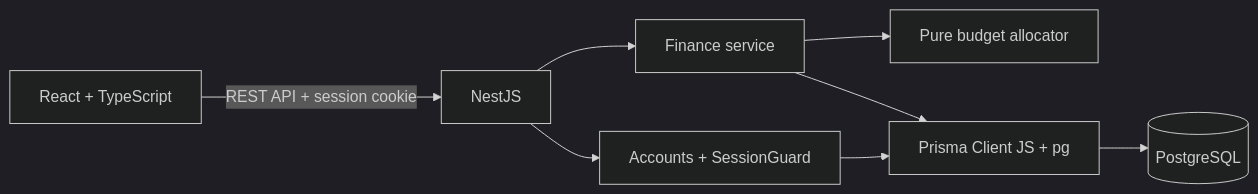
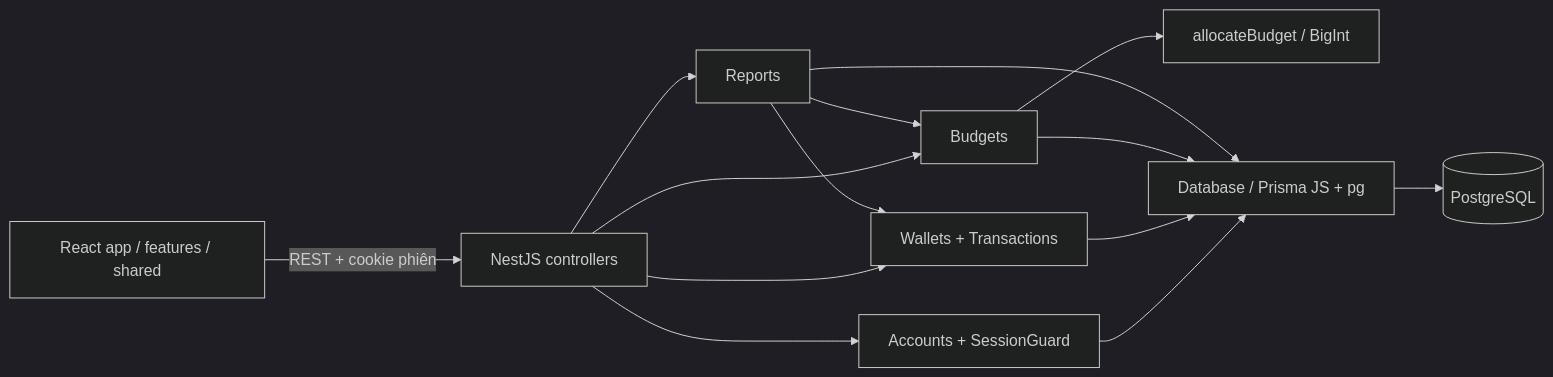
One commit to tunato2807-del/qlduanphammen changed the first of 2 diagrams in docs/DESIGN.md. Above: the diagram before and after it, drawn with Mermaid (dark theme). The commit also changed other lines of this file and 17 other files, not shown here.

````diff
--- a/docs/DESIGN.md
+++ b/docs/DESIGN.md
@@ -20,10 +20,16 @@
 ```mermaid
 flowchart LR
-    A[React + TypeScript] -->|REST API + session cookie| B[NestJS]
+    A[React app / features / shared] -->|REST + cookie phiên| B[NestJS controllers]
     B --> C[Accounts + SessionGuard]
-    B --> D[Finance service]
-    D --> E[Pure budget allocator]
-    C --> F[Prisma Client JS + pg]
-    D --> F
-    F --> G[(PostgreSQL)]
+    B --> D[Wallets + Transactions]
+    B --> E[Budgets]
+    B --> F[Reports]
+    F --> D
+    F --> E
+    E --> G[allocateBudget / BigInt]
+    C --> H[Database / Prisma JS + pg]
+    D --> H
+    E --> H
+    F --> H
+    H --> I[(PostgreSQL)]
 ```
````
